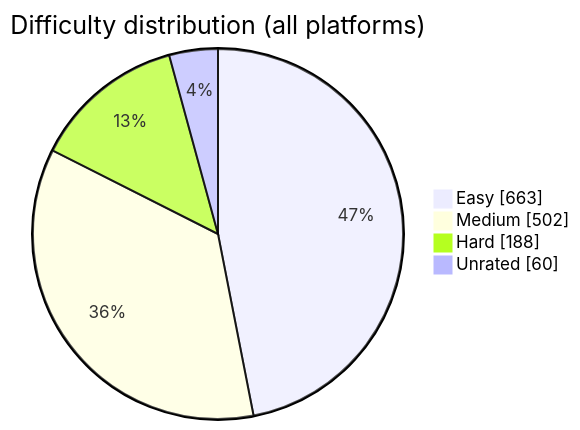
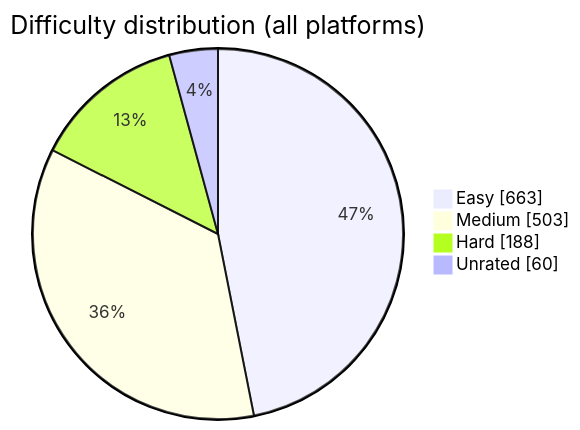
The diagram in README.md (BuildbyArindam/Daily-Coding-Log), drawn with Mermaid before and after one commit. The commit also changed other lines of this file, not shown here.

````diff
--- a/README.md
+++ b/README.md
@@ -93,7 +93,7 @@
 ```mermaid
 pie showData title Difficulty distribution (all platforms)
     "Easy" : 663
-    "Medium" : 502
+    "Medium" : 503
     "Hard" : 188
     "Unrated" : 60
 ```
````
